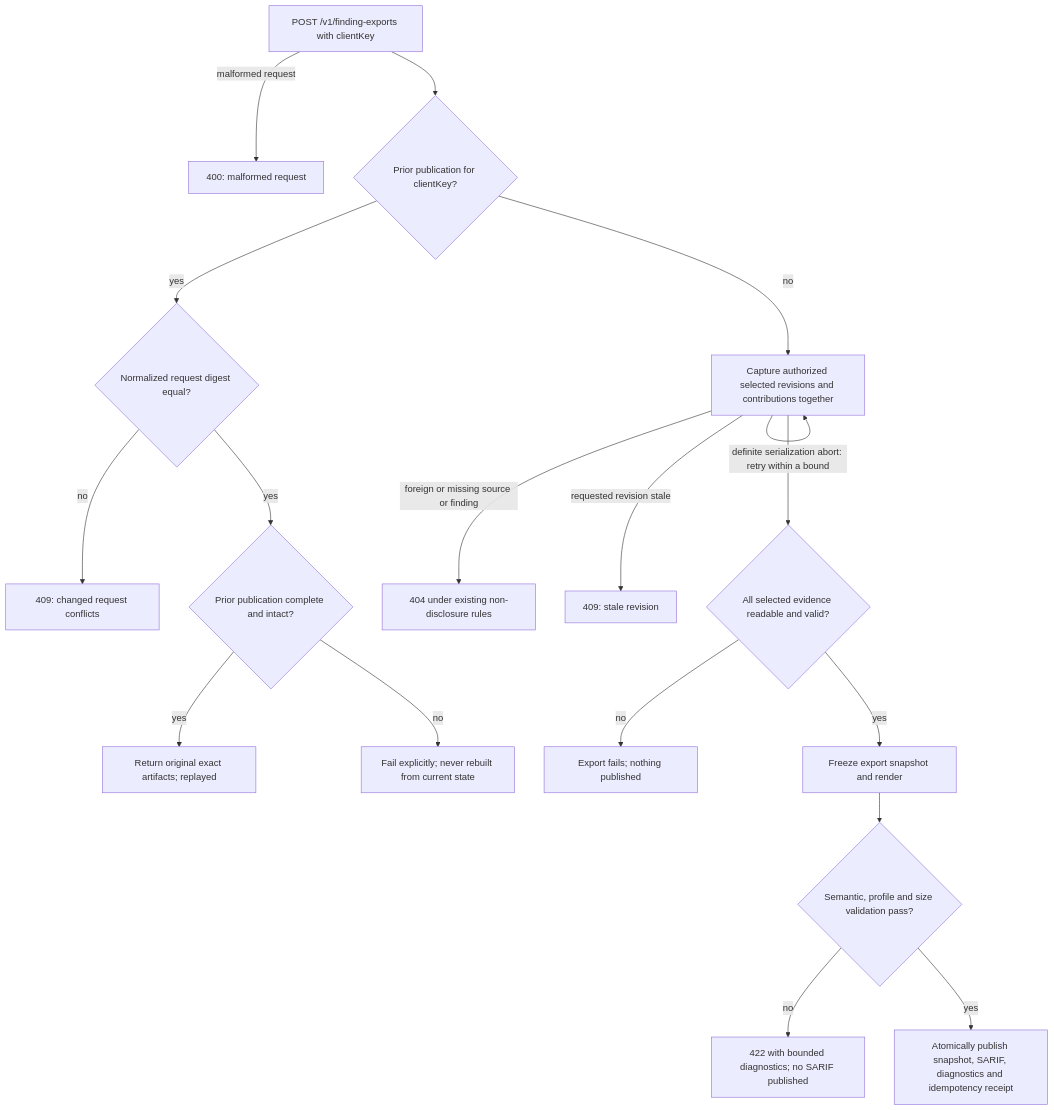
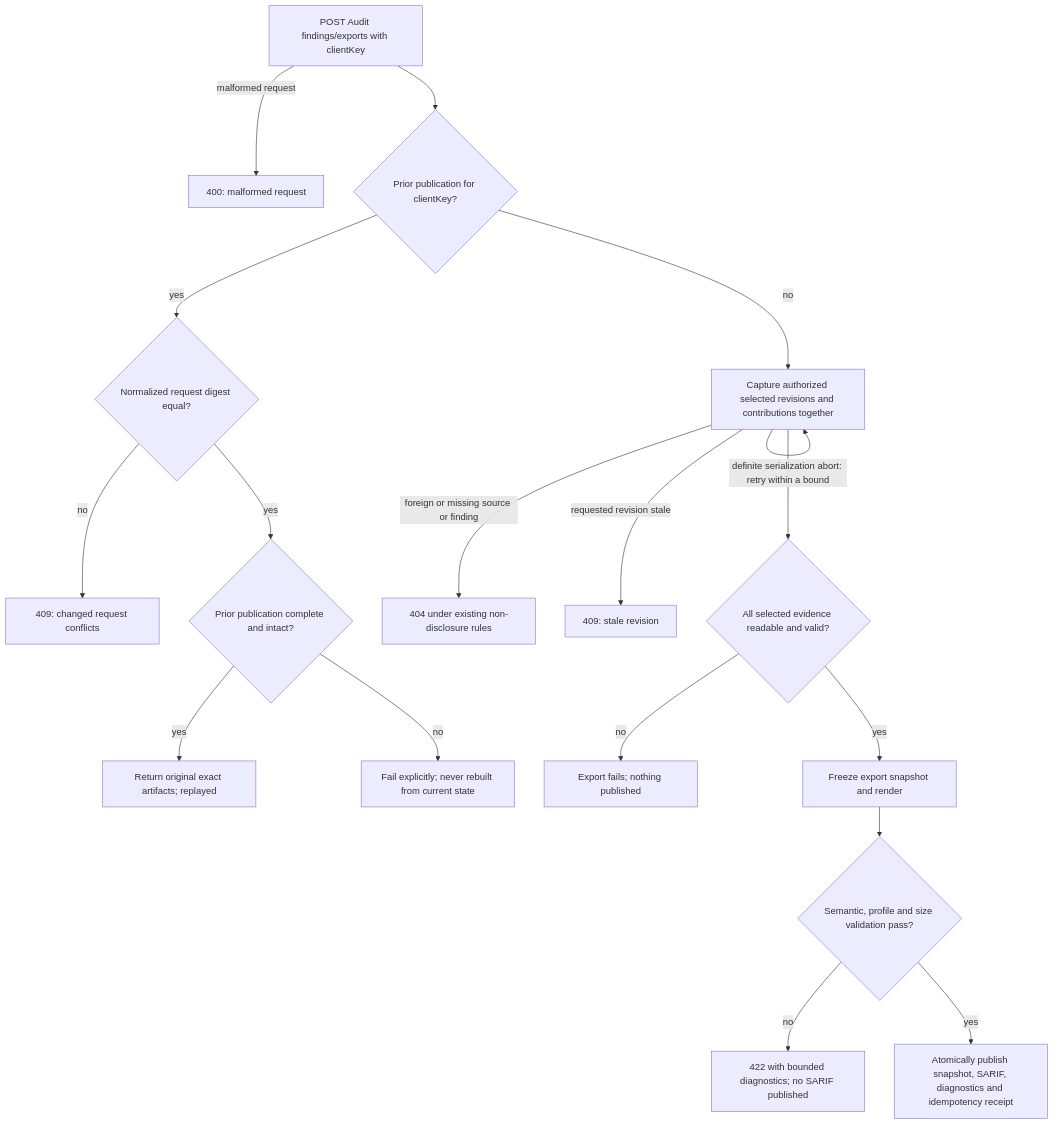
One commit to grauwolf32/contractor changed the third of 3 diagrams in docs/proposals/0028-finding-analysis-and-sarif.md. Above: the diagram before and after it, drawn with Mermaid. The commit also changed other lines of this file and 64 other files, not shown here.

First line of the commit message:
feat(audit): publish immutable finding exports

````diff
--- a/docs/proposals/0028-finding-analysis-and-sarif.md
+++ b/docs/proposals/0028-finding-analysis-and-sarif.md
@@ -1150,20 +1154,20 @@
 ```mermaid
 flowchart TD
-    Q[POST /v1/finding-exports with clientKey] -- malformed request --> M[400: malformed request]
+    Q[POST Audit findings/exports with clientKey] -- malformed request --> M[400: malformed request]
     Q --> K{Prior publication for clientKey?}
     K -- yes --> D{Normalized request digest equal?}
     D -- no --> C[409: changed request conflicts]
     D -- yes --> I{Prior publication complete and intact?}
     I -- yes --> R[Return original exact artifacts; replayed]
     I -- no --> F[Fail explicitly; never rebuilt from current state]
     K -- no --> T[Capture authorized selected revisions and contributions together]
     T -- definite serialization abort: retry within a bound --> T
     T -- foreign or missing source or finding --> N[404 under existing non-disclosure rules]
     T -- requested revision stale --> SR[409: stale revision]
     T --> V{All selected evidence readable and valid?}
     V -- no --> X[Export fails; nothing published]
     V -- yes --> S[Freeze export snapshot and render]
     S --> G{Semantic, profile and size validation pass?}
     G -- no --> U[422 with bounded diagnostics; no SARIF published]
     G -- yes --> P[Atomically publish snapshot, SARIF, diagnostics and idempotency receipt]
 ```
````
